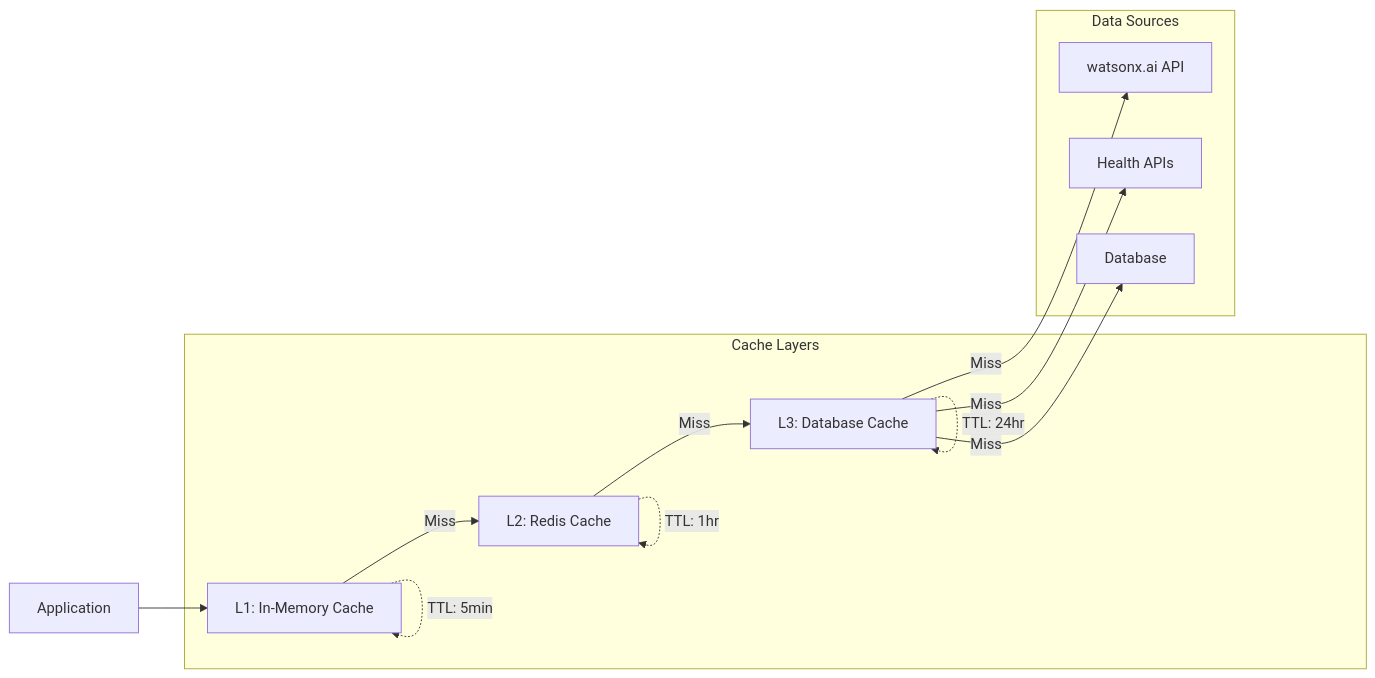
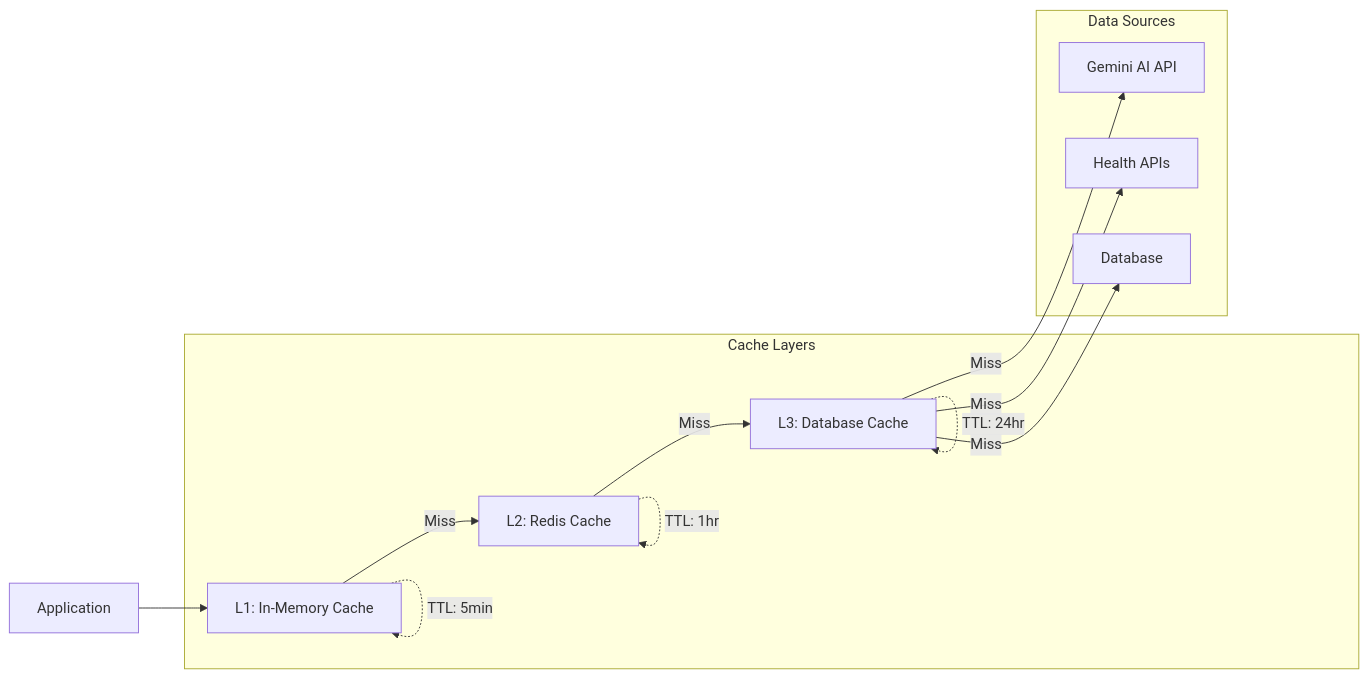
The ninth of 11 diagrams in docs/ARCHITECTURE.md (SA-Msweli/triage_bios_ai), drawn with Mermaid before and after one commit. The commit also changed other lines of this file and 129 other files, not shown here.

````diff
--- a/docs/ARCHITECTURE.md
+++ b/docs/ARCHITECTURE.md
@@ -388,25 +388,25 @@
 ```mermaid
 graph LR
     subgraph "Cache Layers"
         L1[L1: In-Memory Cache]
         L2[L2: Redis Cache]
         L3[L3: Database Cache]
     end
     
     subgraph "Data Sources"
-        WX[watsonx.ai API]
+        GM[Gemini AI API]
         HEALTH[Health APIs]
         DB[Database]
     end
     
     APP[Application] --> L1
     L1 -->|Miss| L2
     L2 -->|Miss| L3
-    L3 -->|Miss| WX
+    L3 -->|Miss| GM
     L3 -->|Miss| HEALTH
     L3 -->|Miss| DB
     
     L1 -.->|TTL: 5min| L1
     L2 -.->|TTL: 1hr| L2
     L3 -.->|TTL: 24hr| L3
 ```
````
